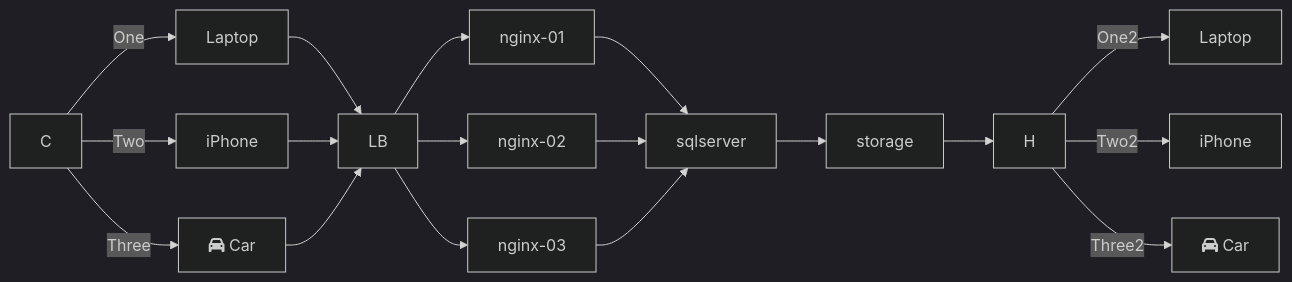
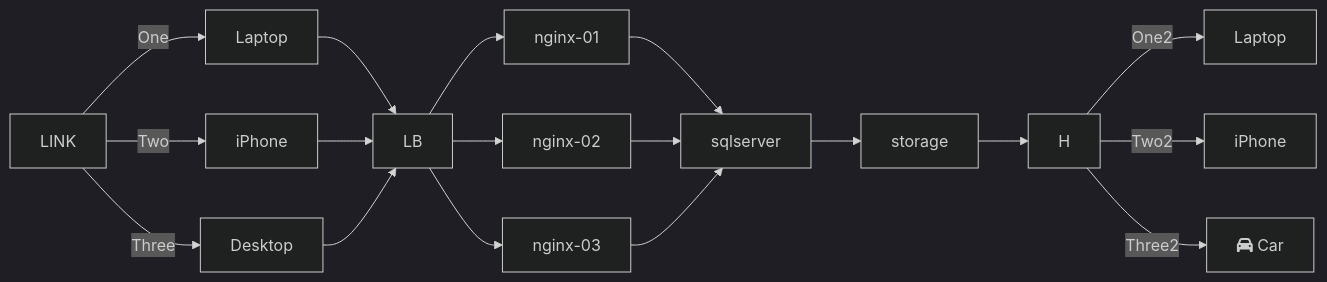
One commit to alexbmw00/teste changed the diagram in README.md. Above: the diagram before and after it, drawn with Mermaid (dark theme).

````diff
--- a/README.md
+++ b/README.md
@@ -4,22 +4,22 @@
 ```mermaid
 
 graph LR;
-  C -->|One| D[Laptop]
-  C -->|Two| E[iPhone]
-  C -->|Three| F[fa:fa-car Car]
-  D -->LB;
-  E -->LB;
-  F -->LB;  
+  LINK -->|One| C1[Laptop]
+  LINK -->|Two| C2[iPhone]
+  LINK -->|Three| C3[Desktop]
+  C1 -->LB;
+  C2 -->LB;
+  C3 -->LB;  
 
 LB-->nginx-01; 
 LB-->nginx-02;
 LB-->nginx-03;
 nginx-01-->sqlserver;
 nginx-02-->sqlserver;
 nginx-03-->sqlserver;
 sqlserver-->storage;
 storage-->H
   H -->|One2| J[Laptop]
   H -->|Two2| L[iPhone]
   H -->|Three2| M[fa:fa-car Car]
 ```
````
